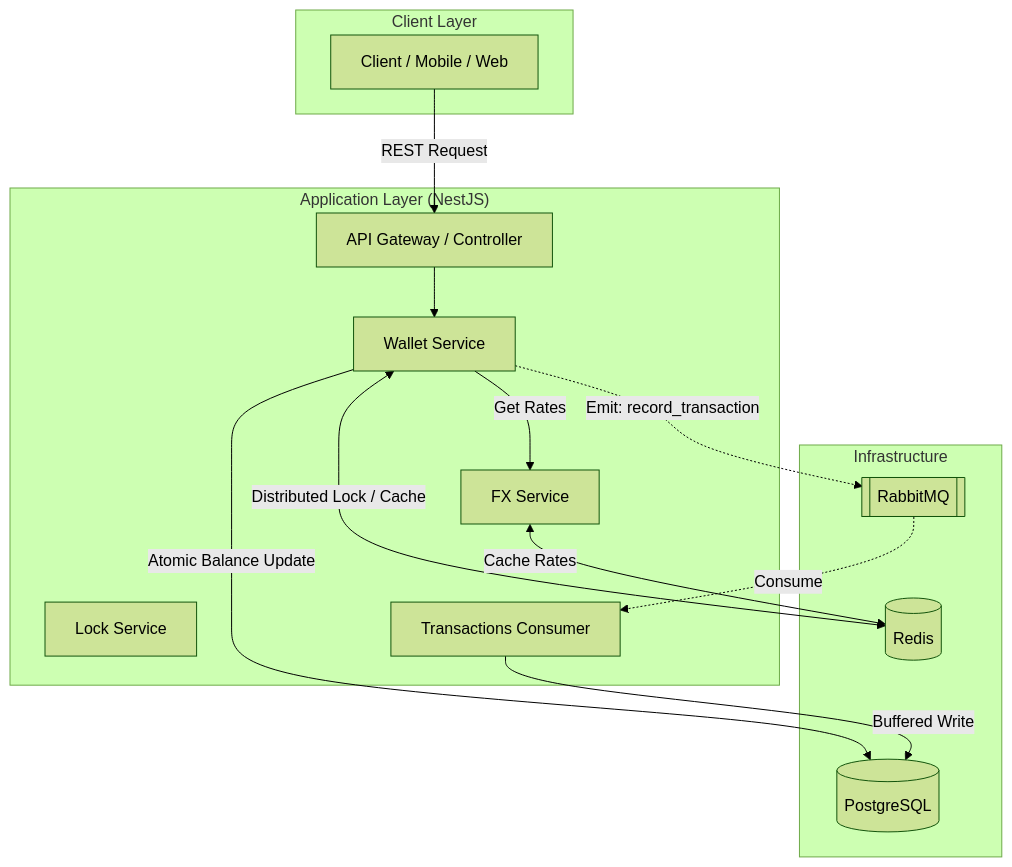
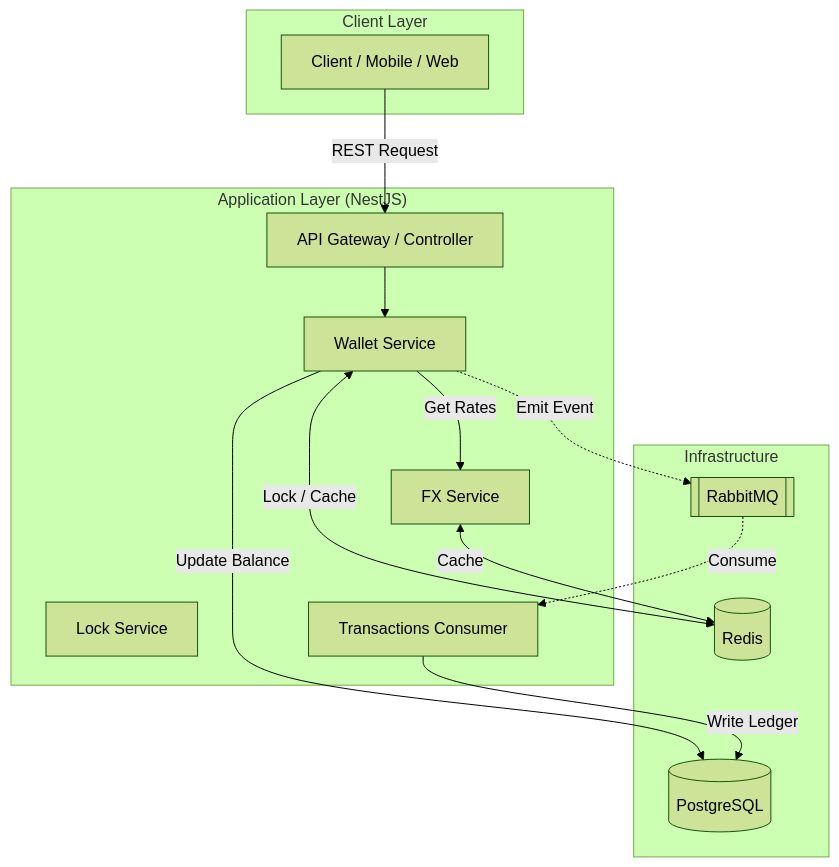
The diagram in README.md (lupppig/fx-exchange), drawn with Mermaid (forest theme) before and after one commit. The commit also changed other lines of this file, not shown here.

````diff
--- a/README.md
+++ b/README.md
@@ -58,37 +32,33 @@
 ```mermaid
 graph TD
     subgraph "Client Layer"
         C[Client / Mobile / Web]
     end
 
     subgraph "Infrastructure"
         R[(Redis)]
         RMQ[[RabbitMQ]]
         DB[(PostgreSQL)]
     end
 
     subgraph "Application Layer (NestJS)"
         API[API Gateway / Controller]
         WS[Wallet Service]
         LS[Lock Service]
         FX[FX Service]
         TC[Transactions Consumer]
     end
 
-    %% Execution Flow
     C -->|REST Request| API
     API --> WS
     
-    %% Locking & Caching
-    WS <-->|Distributed Lock / Cache| R
+    WS <-->|Lock / Cache| R
     WS -->|Get Rates| FX
-    FX <-->|Cache Rates| R
+    FX <-->|Cache| R
 
-    %% Write Path
-    WS -->|Atomic Balance Update| DB
-    WS -.->|Emit: record_transaction| RMQ
+    WS -->|Update Balance| DB
+    WS -.->|Emit Event| RMQ
     
-    %% Async Path
     RMQ -.->|Consume| TC
-    TC -->|Buffered Write| DB
+    TC -->|Write Ledger| DB
 ```
````
